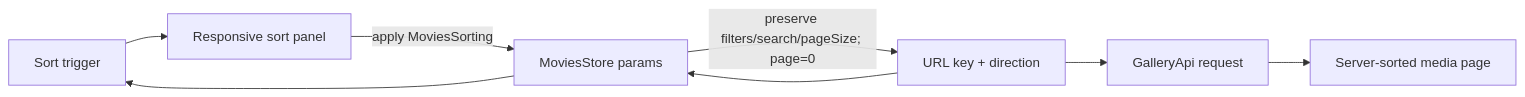
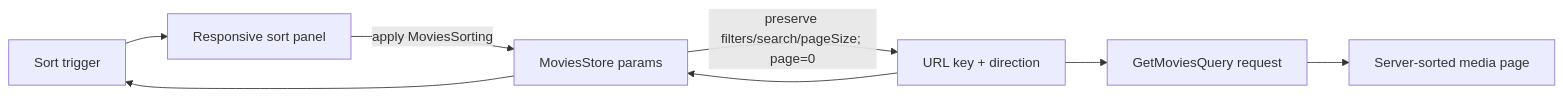
One commit to Zwezh/media-shelf changed the diagram in lode/plans/media-sorting.md. Above: the diagram before and after it, drawn with Mermaid. The commit also changed other lines of this file and 75 other files, not shown here.

Commit message:
refactor gallery architecture boundaries

````diff
--- a/lode/plans/media-sorting.md
+++ b/lode/plans/media-sorting.md
@@ -18,10 +18,10 @@
 ```mermaid
 flowchart LR
   Trigger[Sort trigger] --> Panel[Responsive sort panel]
   URL[URL key + direction] --> Store[MoviesStore params]
   Store --> Trigger
   Panel -->|apply MoviesSorting| Store
   Store -->|preserve filters/search/pageSize; page=0| URL
-  URL --> Request[GalleryApi request]
+  URL --> Request[GetMoviesQuery request]
   Request --> Grid[Server-sorted media page]
 ```
````
